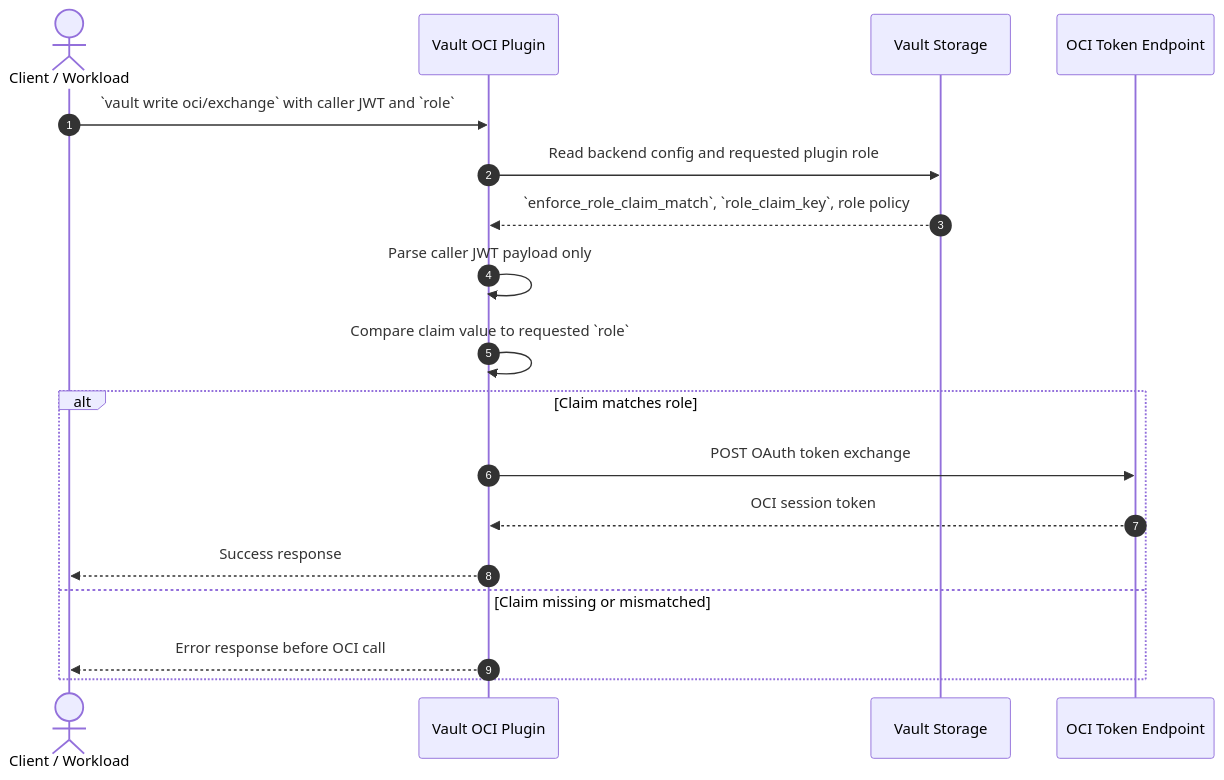
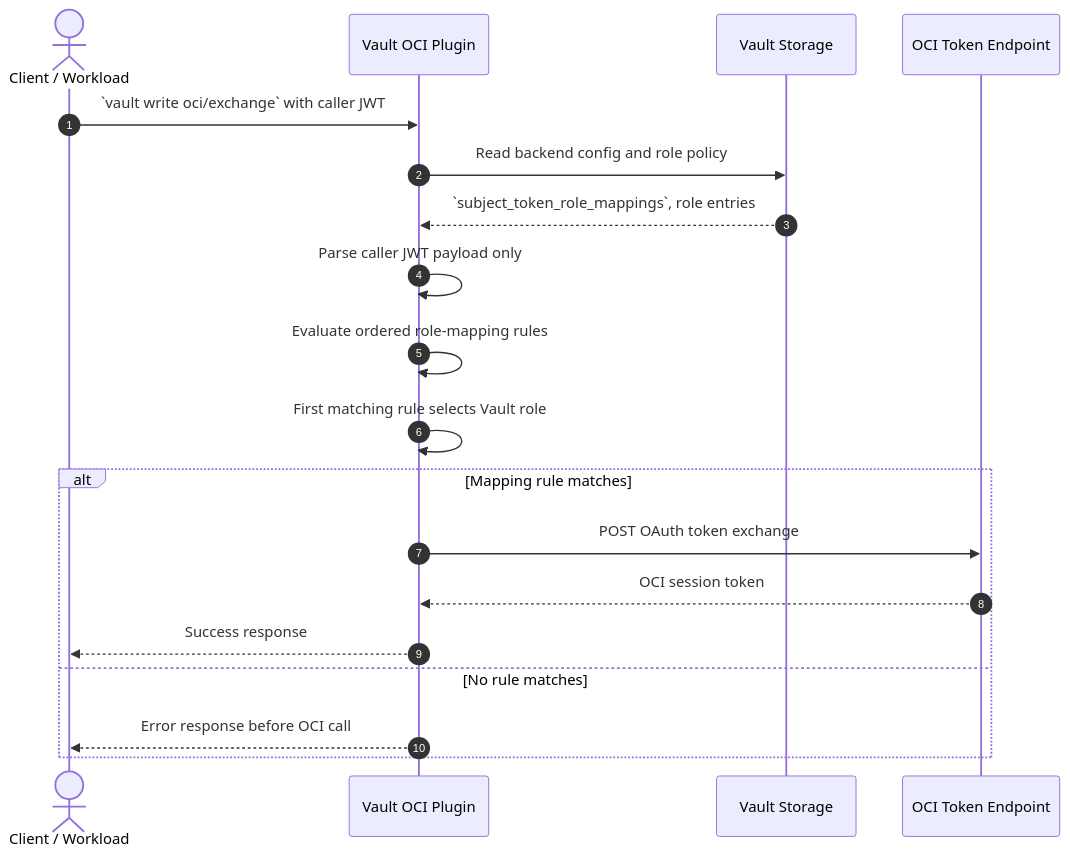
The diagram in docs/sequence-diagrams/04-role-claim-guardrail.mmd (gtrevorrow/Hashicorp-OCI-credential-engine), drawn with Mermaid before and after one commit. The commit also changed other lines of this file and 11 other files, not shown here.

Commit message:
refactor(auth): derive role from subject token mappings

```diff
--- a/docs/sequence-diagrams/04-role-claim-guardrail.mmd
+++ b/docs/sequence-diagrams/04-role-claim-guardrail.mmd
@@ -1,20 +1,21 @@
 sequenceDiagram
     autonumber
     actor C as Client / Workload
     participant V as Vault OCI Plugin
     participant S as Vault Storage
     participant O as OCI Token Endpoint
 
-    C->>V: `vault write oci/exchange` with caller JWT and `role`
-    V->>S: Read backend config and requested plugin role
-    S-->>V: `enforce_role_claim_match`, `role_claim_key`, role policy
+    C->>V: `vault write oci/exchange` with caller JWT
+    V->>S: Read backend config and role policy
+    S-->>V: `subject_token_role_mappings`, role entries
     V->>V: Parse caller JWT payload only
-    V->>V: Compare claim value to requested `role`
+    V->>V: Evaluate ordered role-mapping rules
+    V->>V: First matching rule selects Vault role
 
-    alt Claim matches role
+    alt Mapping rule matches
         V->>O: POST OAuth token exchange
         O-->>V: OCI session token
         V-->>C: Success response
-    else Claim missing or mismatched
+    else No rule matches
         V-->>C: Error response before OCI call
     end
```
